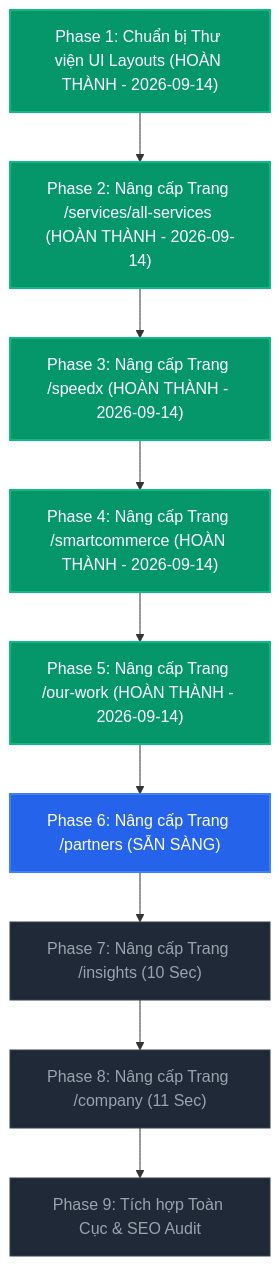
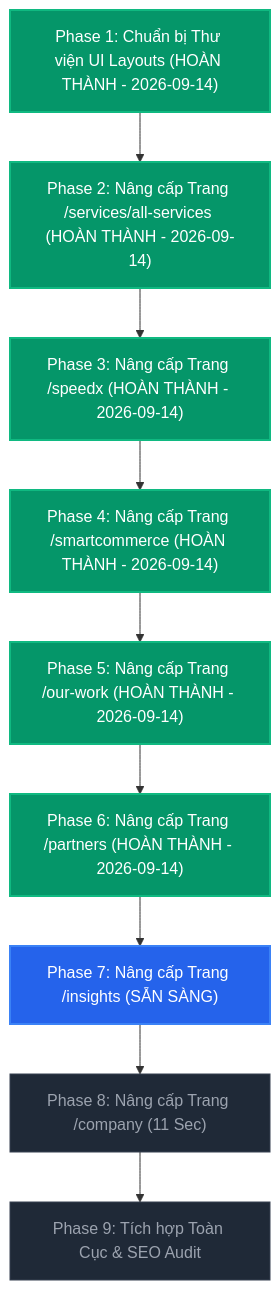
The diagram in docs/plans/plan.md (hung55410-uiuxdesign/egead-company), drawn with Mermaid before and after one commit. The commit also changed other lines of this file and 61 other files, not shown here.

````diff
--- a/docs/plans/plan.md
+++ b/docs/plans/plan.md
@@ -64,18 +64,18 @@
 ```mermaid
 flowchart TD
     classDef done fill:#059669,stroke:#10b981,stroke-width:2px,color:#ffffff;
     classDef active fill:#2563eb,stroke:#3b82f6,stroke-width:2px,color:#ffffff;
     classDef pending fill:#1f2937,stroke:#374151,stroke-width:1px,color:#9ca3af;
 
     P1["Phase 1: Chuẩn bị Thư viện UI Layouts (HOÀN THÀNH - 2026-09-14)"]:::done
     P2["Phase 2: Nâng cấp Trang /services/all-services (HOÀN THÀNH - 2026-09-14)"]:::done
     P3["Phase 3: Nâng cấp Trang /speedx (HOÀN THÀNH - 2026-09-14)"]:::done
     P4["Phase 4: Nâng cấp Trang /smartcommerce (HOÀN THÀNH - 2026-09-14)"]:::done
     P5["Phase 5: Nâng cấp Trang /our-work (HOÀN THÀNH - 2026-09-14)"]:::done
-    P6["Phase 6: Nâng cấp Trang /partners (SẴN SÀNG)"]:::active
-    P7["Phase 7: Nâng cấp Trang /insights (10 Sec)"]:::pending
+    P6["Phase 6: Nâng cấp Trang /partners (HOÀN THÀNH - 2026-09-14)"]:::done
+    P7["Phase 7: Nâng cấp Trang /insights (SẴN SÀNG)"]:::active
     P8["Phase 8: Nâng cấp Trang /company (11 Sec)"]:::pending
     P9["Phase 9: Tích hợp Toàn Cục & SEO Audit"]:::pending
 
     P1 --> P2 --> P3 --> P4 --> P5 --> P6 --> P7 --> P8 --> P9
 ```
````
